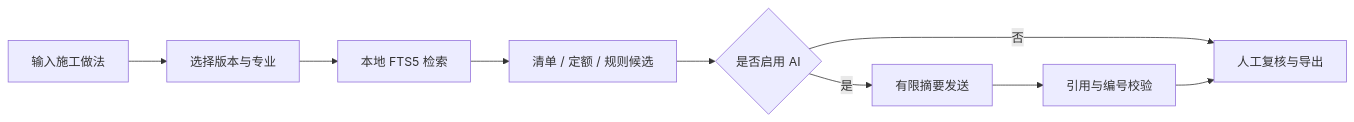
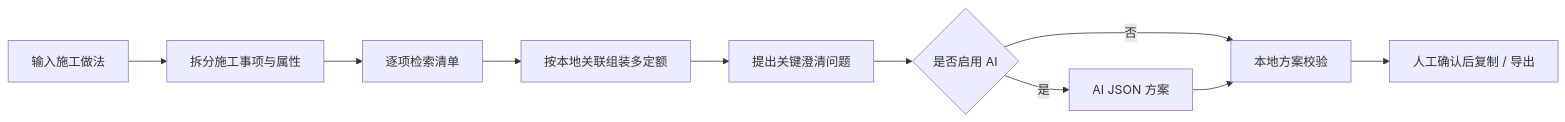
One commit to loveramarois-byte/shandong-quota-assistant changed the diagram in README.md. Above: the diagram before and after it, drawn with Mermaid. The commit also changed other lines of this file and 27 other files, not shown here.

````diff
--- a/README.md
+++ b/README.md
@@ -32,11 +37,12 @@
 ```mermaid
 flowchart LR
-    A["输入施工做法"] --> B["选择版本与专业"]
-    B --> C["本地 FTS5 检索"]
-    C --> D["清单 / 定额 / 规则候选"]
-    D --> E{"是否启用 AI"}
-    E -->|"否"| F["人工复核与导出"]
-    E -->|"是"| G["有限摘要发送"]
-    G --> H["引用与编号校验"]
-    H --> F
+    A["输入施工做法"] --> B["拆分施工事项与属性"]
+    B --> C["逐项检索清单"]
+    C --> D["按本地关联组装多定额"]
+    D --> E["提出关键澄清问题"]
+    E --> F{"是否启用 AI"}
+    F -->|"否"| G["本地方案校验"]
+    F -->|"是"| H["AI JSON 方案"]
+    H --> G
+    G --> I["人工确认后复制 / 导出"]
 ```
````
